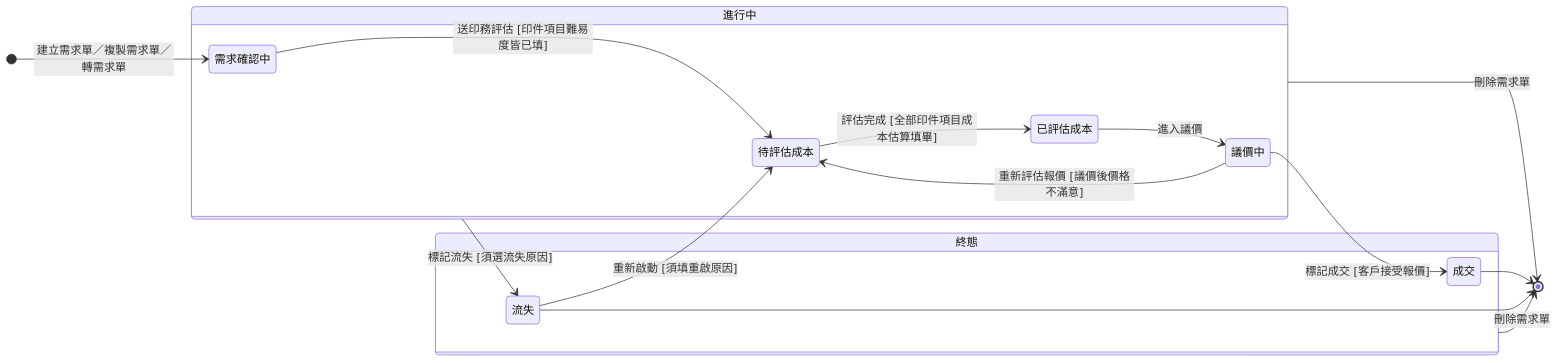
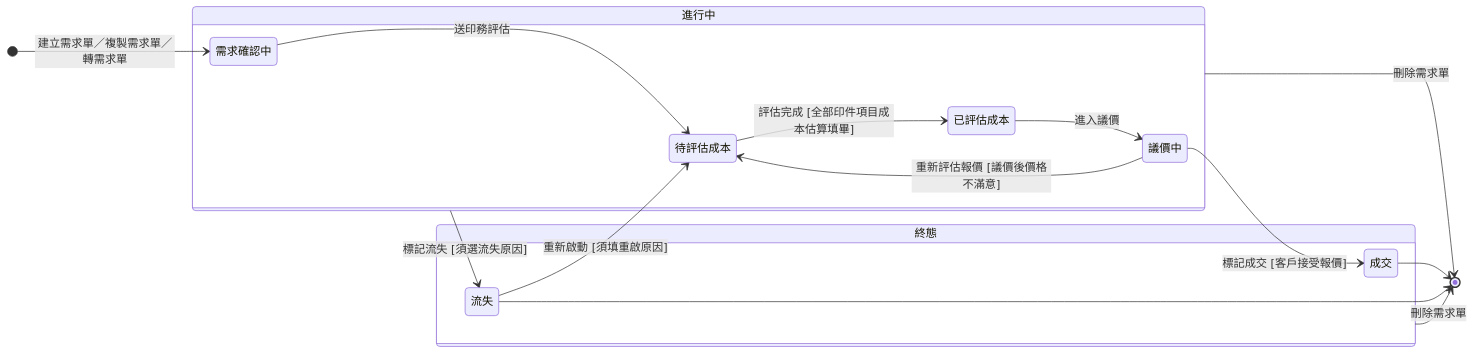
Before and after one commit to Kawato-Miles/erp-spec: the diagram in memory/Sens_wiki/wiki/erp/06-state-machines/需求單狀態.md, drawn with Mermaid. The commit also changed other lines of this file and 26 other files, not shown here.

````diff
--- a/memory/Sens_wiki/wiki/erp/06-state-machines/需求單狀態.md
+++ b/memory/Sens_wiki/wiki/erp/06-state-machines/需求單狀態.md
@@ -46,32 +47,32 @@
 ```mermaid
 stateDiagram-v2
     direction LR
 
     [*] --> s_confirm : 建立需求單／複製需求單／轉需求單
 
     state "進行中" as InProgress {
         direction LR
         state "需求確認中" as s_confirm
         state "待評估成本" as s_wait
         state "已評估成本" as s_est
         state "議價中" as s_nego
-        s_confirm --> s_wait : 送印務評估 [印件項目難易度皆已填]
+        s_confirm --> s_wait : 送印務評估
         s_wait --> s_est : 評估完成 [全部印件項目成本估算填畢]
         s_est --> s_nego : 進入議價
         s_nego --> s_wait : 重新評估報價 [議價後價格不滿意]
     }
 
     state "終態" as Final {
         state "成交" as s_won
         state "流失" as s_lost
     }
 
     s_nego --> s_won : 標記成交 [客戶接受報價]
     InProgress --> s_lost : 標記流失 [須選流失原因]
     s_lost --> s_wait : 重新啟動 [須填重啟原因]
 
     s_won --> [*]
     s_lost --> [*]
     InProgress --> [*] : 刪除需求單
     Final --> [*] : 刪除需求單
 ```
````
